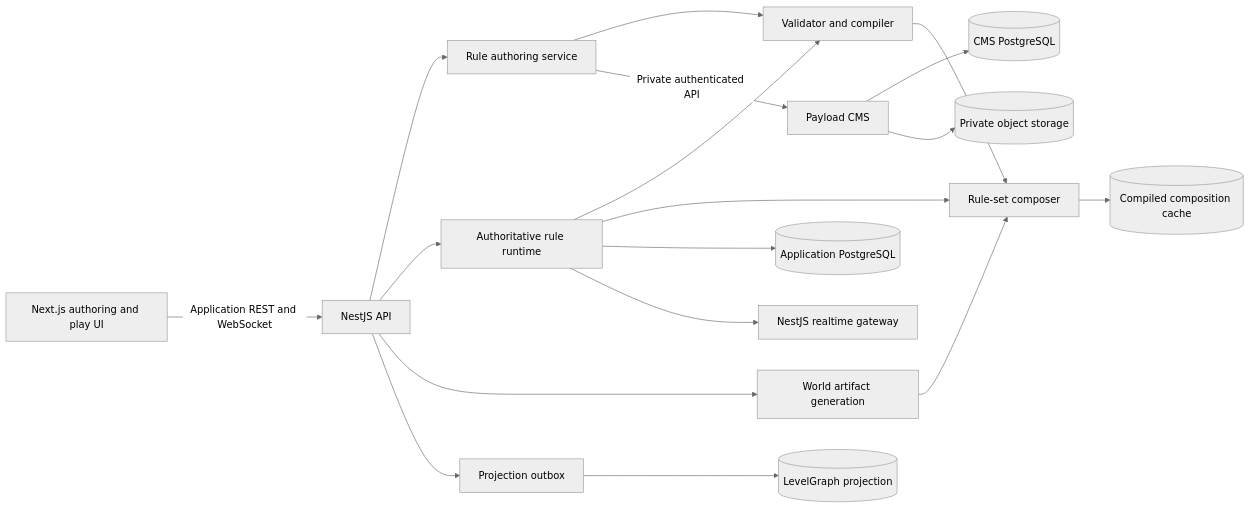
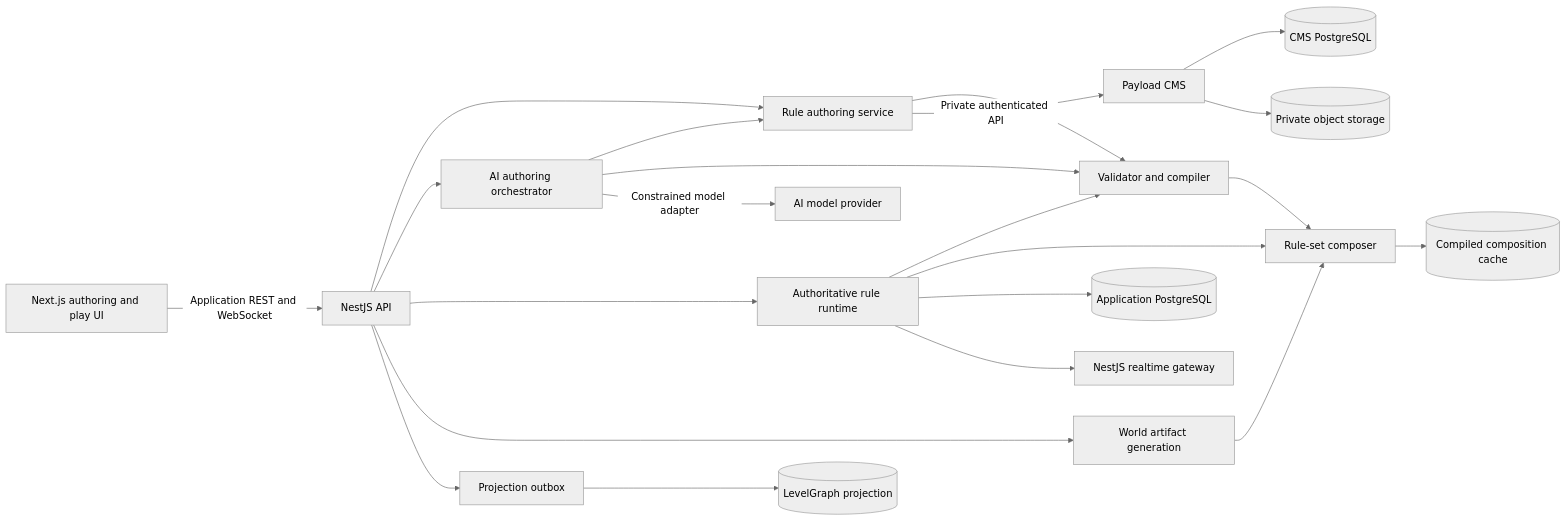
The diagram in docs/rule-systems-design-doc.md (lorenjerickson/world-building), drawn with Mermaid (neutral theme) before and after one commit. The commit also changed other lines of this file and 34 other files, not shown here.

````diff
--- a/docs/rule-systems-design-doc.md
+++ b/docs/rule-systems-design-doc.md
@@ -138,20 +140,24 @@
 ```mermaid
 flowchart LR
     UI["Next.js authoring and play UI"] -->|"Application REST and WebSocket"| API["NestJS API"]
     API --> Author["Rule authoring service"]
+    API --> Assistant["AI authoring orchestrator"]
     API --> Runtime["Authoritative rule runtime"]
     API --> Generator["World artifact generation"]
     Author --> Compiler["Validator and compiler"]
+    Assistant --> Author
+    Assistant --> Compiler
+    Assistant -->|"Constrained model adapter"| Model["AI model provider"]
     Compiler --> Composer["Rule-set composer"]
     Runtime --> Compiler
     Runtime --> Composer
     Generator --> Composer
     Author -->|"Private authenticated API"| CMS["Payload CMS"]
     CMS --> CMSDB[("CMS PostgreSQL")]
     CMS --> Assets[("Private object storage")]
     Composer --> Cache[("Compiled composition cache")]
     Runtime --> AppDB[("Application PostgreSQL")]
     Runtime --> Realtime["NestJS realtime gateway"]
     API --> Outbox["Projection outbox"]
     Outbox --> Graph[("LevelGraph projection")]
 ```
````
